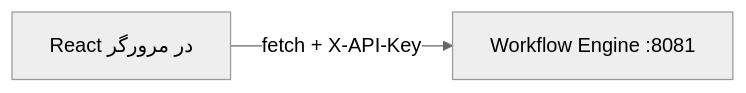
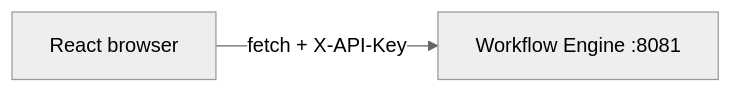
Before and after one commit to mortenaho/WorkFlowEngine: the third of 5 diagrams in docs/architecture.md, drawn with Mermaid (neutral theme). The commit also changed other lines of this file and 3 other files, not shown here.

````diff
--- a/docs/architecture.md
+++ b/docs/architecture.md
@@ -226,6 +248,6 @@
 ```mermaid
 flowchart LR
-  react[React در مرورگر]
+  react[React browser]
   engine[Workflow Engine :8081]
   react -->|"fetch + X-API-Key"| engine
 ```
````
